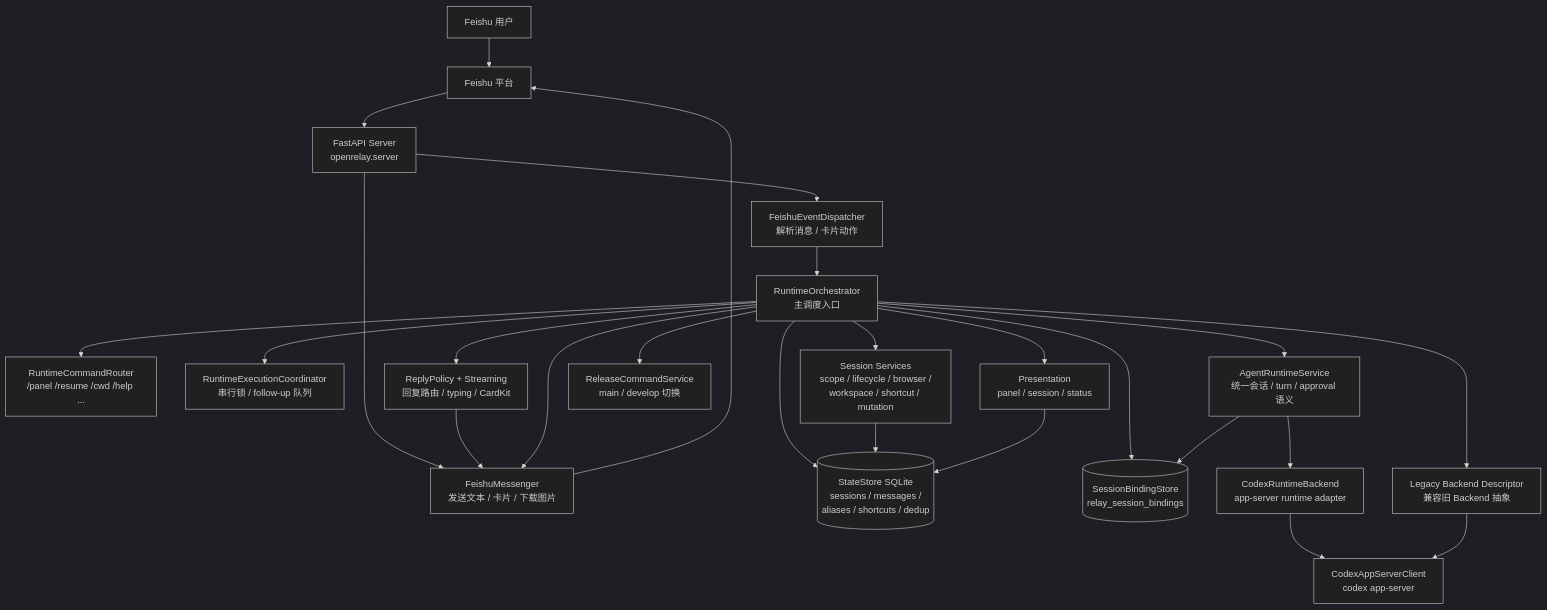
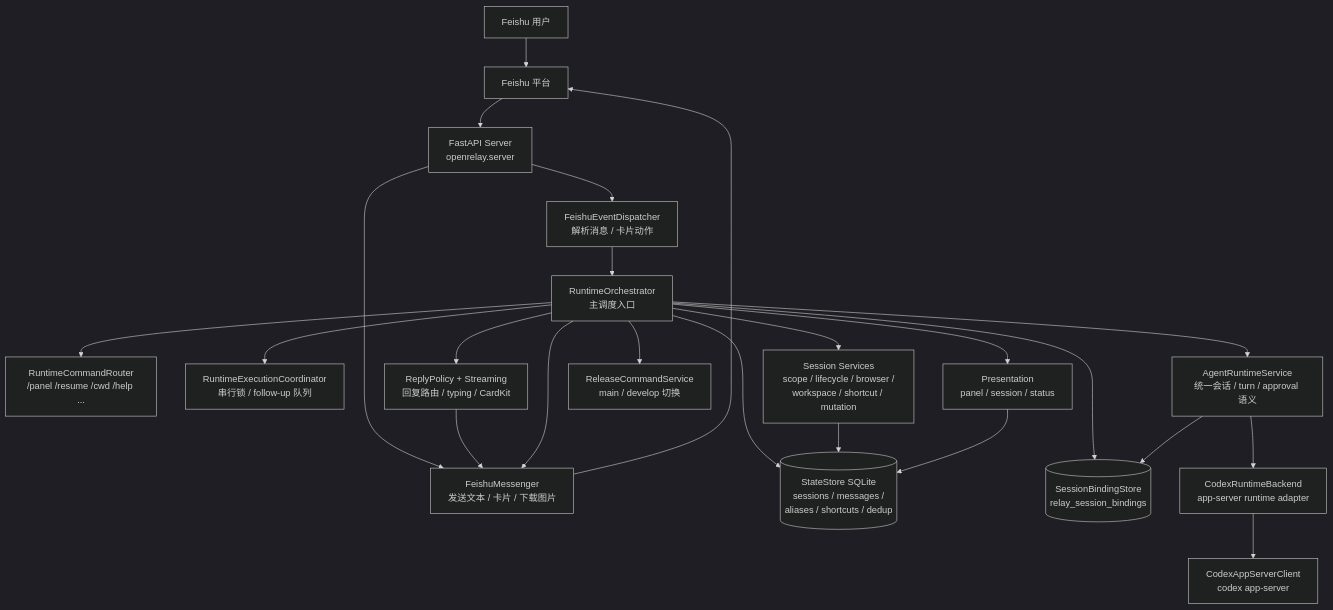
Before and after one commit to Krual-T/OpenRelay: the first of 2 diagrams in docs/architecture.md, drawn with Mermaid (dark theme). The commit also changed other lines of this file and 10 other files, not shown here.

Commit message:
refactor: remove legacy backend runtime path

````diff
--- a/docs/architecture.md
+++ b/docs/architecture.md
@@ -9,50 +9,47 @@
 ```mermaid
 flowchart TB
     User[Feishu 用户]
     Feishu[Feishu 平台]
     Server[FastAPI Server\nopenrelay.server]
     Dispatcher[FeishuEventDispatcher\n解析消息 / 卡片动作]
     Messenger[FeishuMessenger\n发送文本 / 卡片 / 下载图片]
     Runtime[RuntimeOrchestrator\n主调度入口]
 
     Commands[RuntimeCommandRouter\n/panel /resume /cwd /help ...]
     Exec[RuntimeExecutionCoordinator\n串行锁 / follow-up 队列]
     Reply[ReplyPolicy + Streaming\n回复路由 / typing / CardKit]
 
     SessionLayer[Session Services\nscope / lifecycle / browser /\nworkspace / shortcut / mutation]
     Presentation[Presentation\npanel / session / status]
     Storage[(StateStore SQLite\nsessions / messages /\naliases / shortcuts / dedup)]
     Binding[(SessionBindingStore\nrelay_session_bindings)]
     Release[ReleaseCommandService\nmain / develop 切换]
 
     AgentRuntime[AgentRuntimeService\n统一会话 / turn / approval 语义]
     RuntimeBackend[CodexRuntimeBackend\napp-server runtime adapter]
-    LegacyBackend[Legacy Backend Descriptor\n兼容旧 Backend 抽象]
     Codex[CodexAppServerClient\ncodex app-server]
 
     User --> Feishu
     Feishu --> Server
     Server --> Dispatcher
     Server --> Messenger
     Dispatcher --> Runtime
     Runtime --> Commands
     Runtime --> Exec
     Runtime --> Reply
     Runtime --> SessionLayer
     Runtime --> Presentation
     Runtime --> Release
     Runtime --> Storage
     Runtime --> Binding
     Runtime --> AgentRuntime
-    Runtime --> LegacyBackend
 
     SessionLayer --> Storage
     Presentation --> Storage
     AgentRuntime --> Binding
     AgentRuntime --> RuntimeBackend
     RuntimeBackend --> Codex
-    LegacyBackend --> Codex
     Reply --> Messenger
     Runtime --> Messenger
     Messenger --> Feishu
 ```
````
